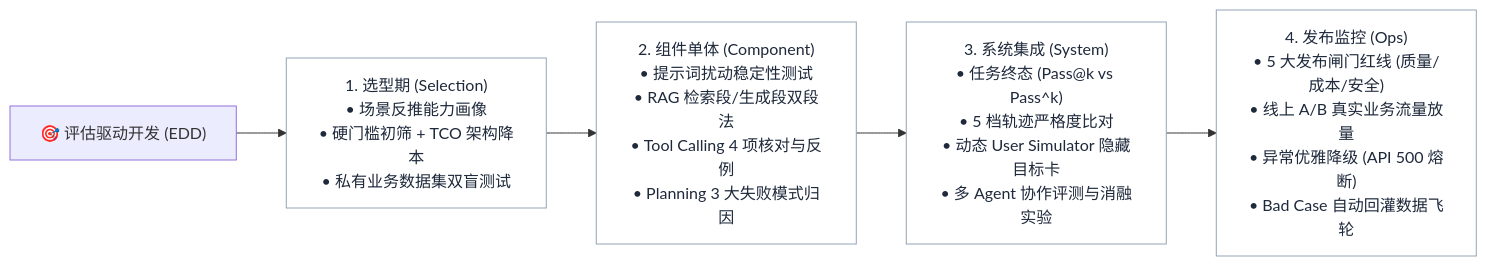
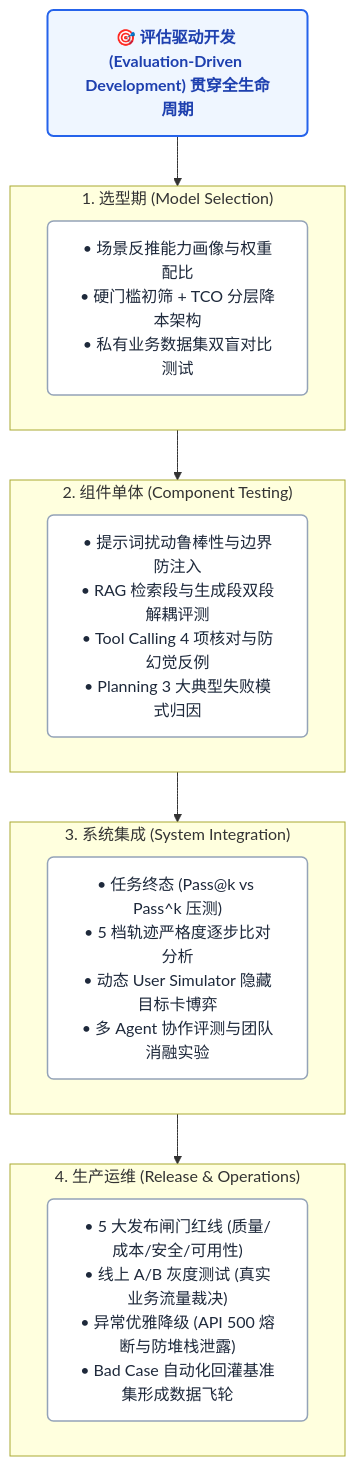
One commit to Anlon-27/awesome-agent-eval changed the second of 2 diagrams in README.md. Above: the diagram before and after it, drawn with Mermaid. The commit also changed other lines of this file and 1 other file, not shown here.

Commit message:
style: Fix table column wrapping and replace wide horizontal diagram with clean vertical pipeline

````diff
--- a/README.md
+++ b/README.md
@@ -87,12 +87,25 @@
 ```mermaid
-flowchart LR
-    classDef groupStyle fill:#f8fafc,stroke:#64748b,stroke-width:1.5px,rx:6px,ry:6px;
-    classDef cardStyle fill:#ffffff,stroke:#94a3b8,stroke-width:1px,color:#1e293b;
+flowchart TD
+    classDef mainNode fill:#eff6ff,stroke:#2563eb,stroke-width:2px,color:#1e40af,font-weight:bold,rx:6px,ry:6px;
+    classDef cardStyle fill:#ffffff,stroke:#94a3b8,stroke-width:1.5px,color:#1e293b,rx:6px,ry:6px;
 
-    A["🎯 评估驱动开发 (EDD)"] --> B["1. 选型期 (Selection)<br/>• 场景反推能力画像<br/>• 硬门槛初筛 + TCO 架构降本<br/>• 私有业务数据集双盲测试"]
-    B --> C["2. 组件单体 (Component)<br/>• 提示词扰动稳定性测试<br/>• RAG 检索段/生成段双段法<br/>• Tool Calling 4 项核对与反例<br/>• Planning 3 大失败模式归因"]
-    C --> D["3. 系统集成 (System)<br/>• 任务终态 (Pass@k vs Pass^k)<br/>• 5 档轨迹严格度比对<br/>• 动态 User Simulator 隐藏目标卡<br/>• 多 Agent 协作评测与消融实验"]
-    D --> E["4. 发布监控 (Ops)<br/>• 5 大发布闸门红线 (质量/成本/安全)<br/>• 线上 A/B 真实业务流量放量<br/>• 异常优雅降级 (API 500 熔断)<br/>• Bad Case 自动回灌数据飞轮"]
+    TOP["🎯 评估驱动开发 (Evaluation-Driven Development) 贯穿全生命周期"]:::mainNode
 
-    class B,C,D,E cardStyle;
+    subgraph PHASE1["1. 选型期 (Model Selection)"]
+        B["• 场景反推能力画像与权重配比<br/>• 硬门槛初筛 + TCO 分层降本架构<br/>• 私有业务数据集双盲对比测试"]:::cardStyle
+    end
+
+    subgraph PHASE2["2. 组件单体 (Component Testing)"]
+        C["• 提示词扰动鲁棒性与边界防注入<br/>• RAG 检索段与生成段双段解耦评测<br/>• Tool Calling 4 项核对与防幻觉反例<br/>• Planning 3 大典型失败模式归因"]:::cardStyle
+    end
+
+    subgraph PHASE3["3. 系统集成 (System Integration)"]
+        D["• 任务终态 (Pass@k vs Pass^k 压测)<br/>• 5 档轨迹严格度逐步比对分析<br/>• 动态 User Simulator 隐藏目标卡博弈<br/>• 多 Agent 协作评测与团队消融实验"]:::cardStyle
+    end
+
+    subgraph PHASE4["4. 生产运维 (Release & Operations)"]
+        E["• 5 大发布闸门红线 (质量/成本/安全/可用性)<br/>• 线上 A/B 灰度测试 (真实业务流量裁决)<br/>• 异常优雅降级 (API 500 熔断与防堆栈泄露)<br/>• Bad Case 自动化回灌基准集形成数据飞轮"]:::cardStyle
+    end
+
+    TOP --> PHASE1 --> PHASE2 --> PHASE3 --> PHASE4
 ```
````
